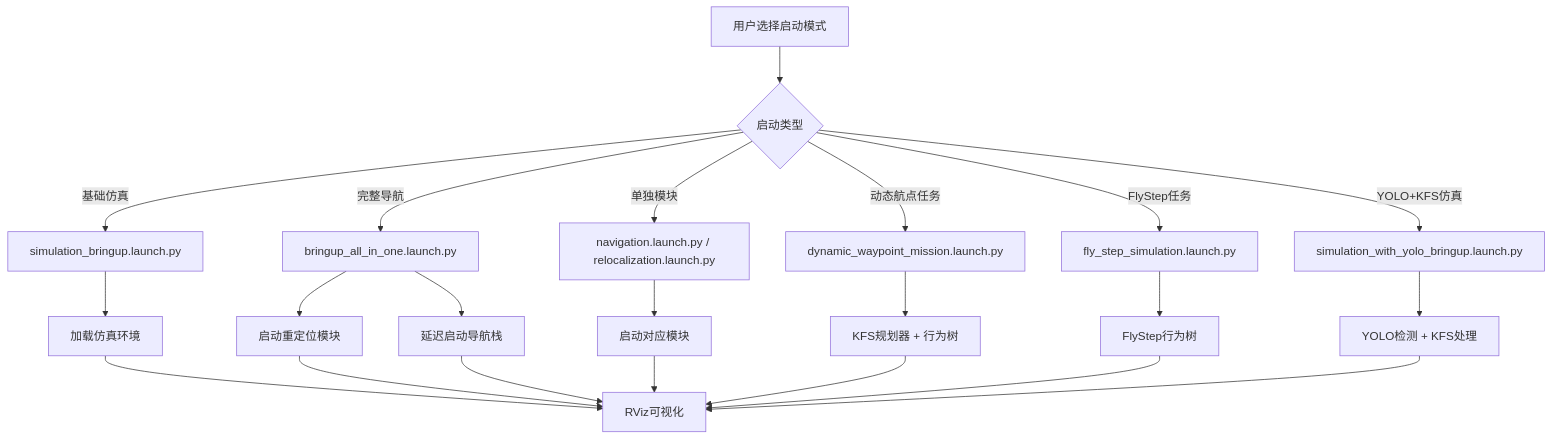
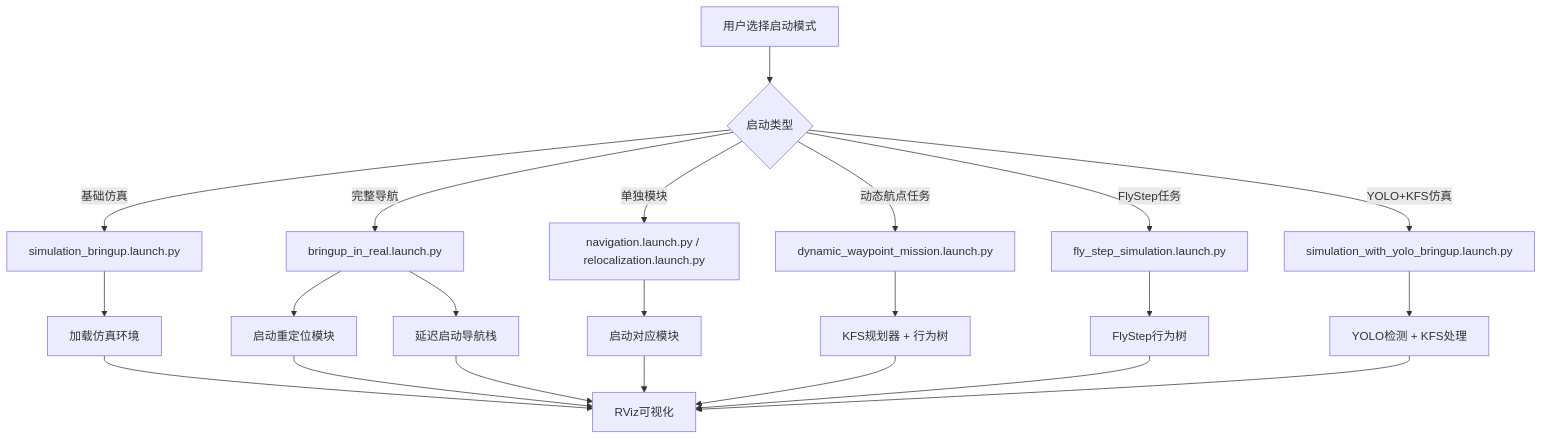
Before and after one commit to OH1412/SCURC_Nav_Sim: the diagram in src/robot_functionality/r2_bringup/README.md, drawn with Mermaid. The commit also changed other lines of this file and 2822 other files, not shown here.

````diff
--- a/src/robot_functionality/r2_bringup/README.md
+++ b/src/robot_functionality/r2_bringup/README.md
@@ -68,26 +69,26 @@
 ```mermaid
 graph TD
     A[用户选择启动模式] --> B{启动类型}
     B -->|基础仿真| C[simulation_bringup.launch.py]
-    B -->|完整导航| D[bringup_all_in_one.launch.py]
+    B -->|完整导航| D[bringup_in_real.launch.py]
     B -->|单独模块| E[navigation.launch.py / relocalization.launch.py]
     B -->|动态航点任务| F[dynamic_waypoint_mission.launch.py]
     B -->|FlyStep任务| G[fly_step_simulation.launch.py]
     B -->|YOLO+KFS仿真| H[simulation_with_yolo_bringup.launch.py]
 
     C --> I[加载仿真环境]
     D --> J[启动重定位模块]
     D --> K[延迟启动导航栈]
     E --> L[启动对应模块]
     F --> M[KFS规划器 + 行为树]
     G --> N[FlyStep行为树]
     H --> O[YOLO检测 + KFS处理]
 
     I --> P[RViz可视化]
     J --> P
     K --> P
     L --> P
     M --> P
     N --> P
     O --> P
 ```
````
